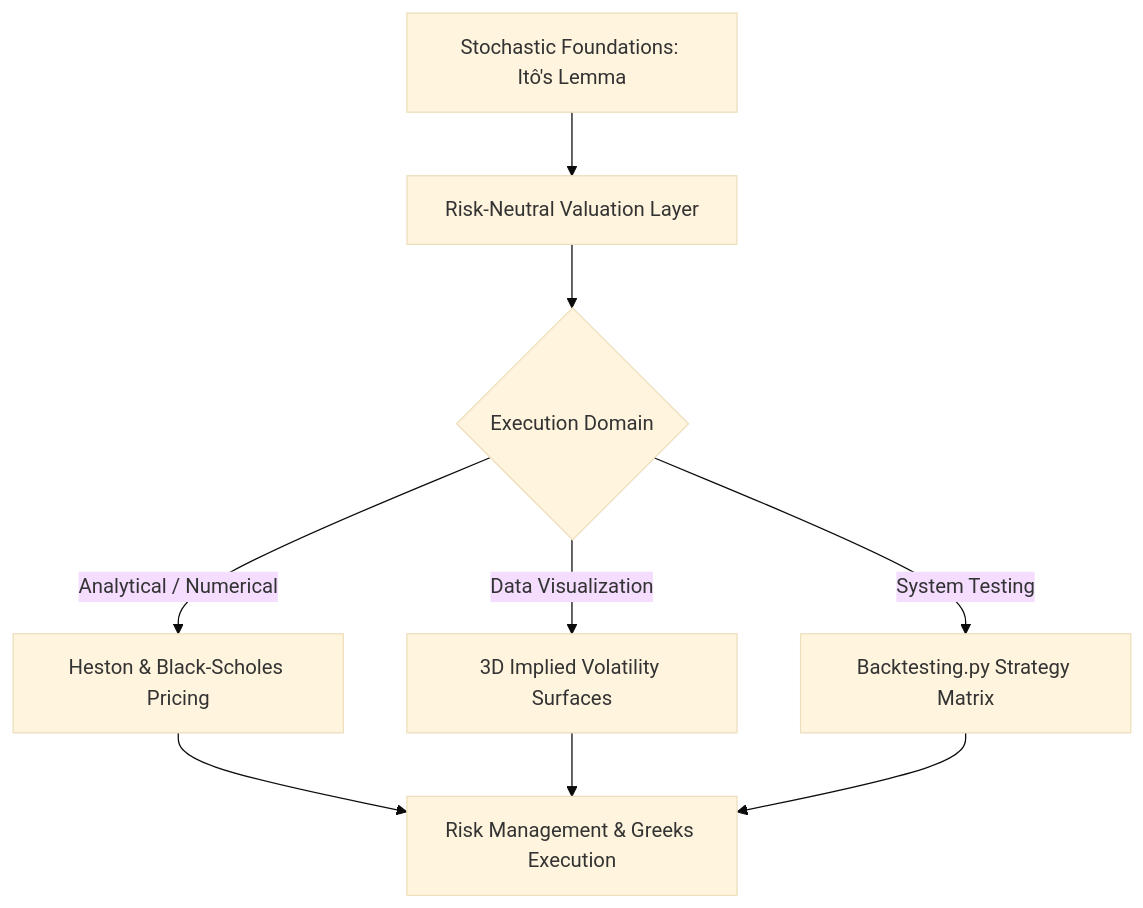
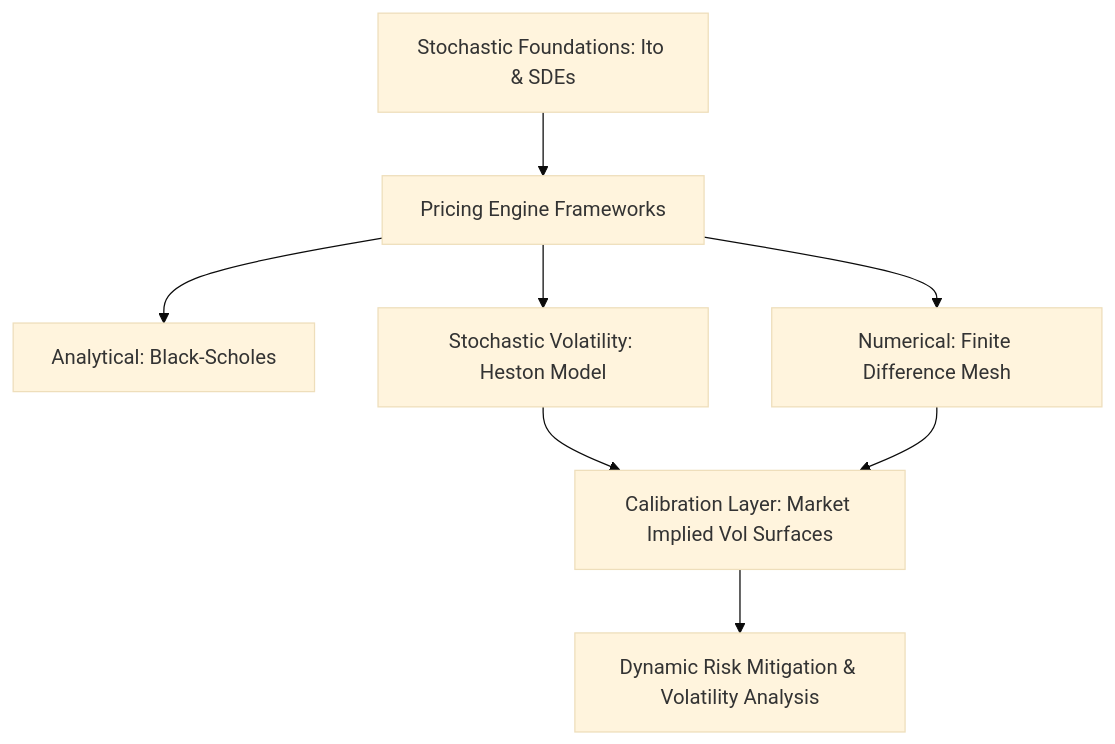
Before and after one commit to Vipeen21/Quant-finance: the diagram in README.md, drawn with Mermaid (base theme). The commit also changed other lines of this file, not shown here.

````diff
--- a/README.md
+++ b/README.md
@@ -43,12 +25,11 @@
 ```mermaid
 graph TD
-    A[Stochastic Foundations: Itô's Lemma] --> B[Risk-Neutral Valuation Layer]
-    B --> C{Execution Domain}
-    C -->|Analytical / Numerical| D[Heston & Black-Scholes Pricing]
-    C -->|Data Visualization| E[3D Implied Volatility Surfaces]
-    C -->|System Testing| F[Backtesting.py Strategy Matrix]
-    D --> G[Risk Management & Greeks Execution]
-    E --> G
-    F --> G
+    A[Stochastic Foundations: Ito & SDEs] --> B[Pricing Engine Frameworks]
+    B --> C[Analytical: Black-Scholes]
+    B --> D[Stochastic Volatility: Heston Model]
+    B --> E[Numerical: Finite Difference Mesh]
+    D --> F[Calibration Layer: Market Implied Vol Surfaces]
+    E --> F
+    F --> G[Dynamic Risk Mitigation & Volatility Analysis]
 
 ```
````
